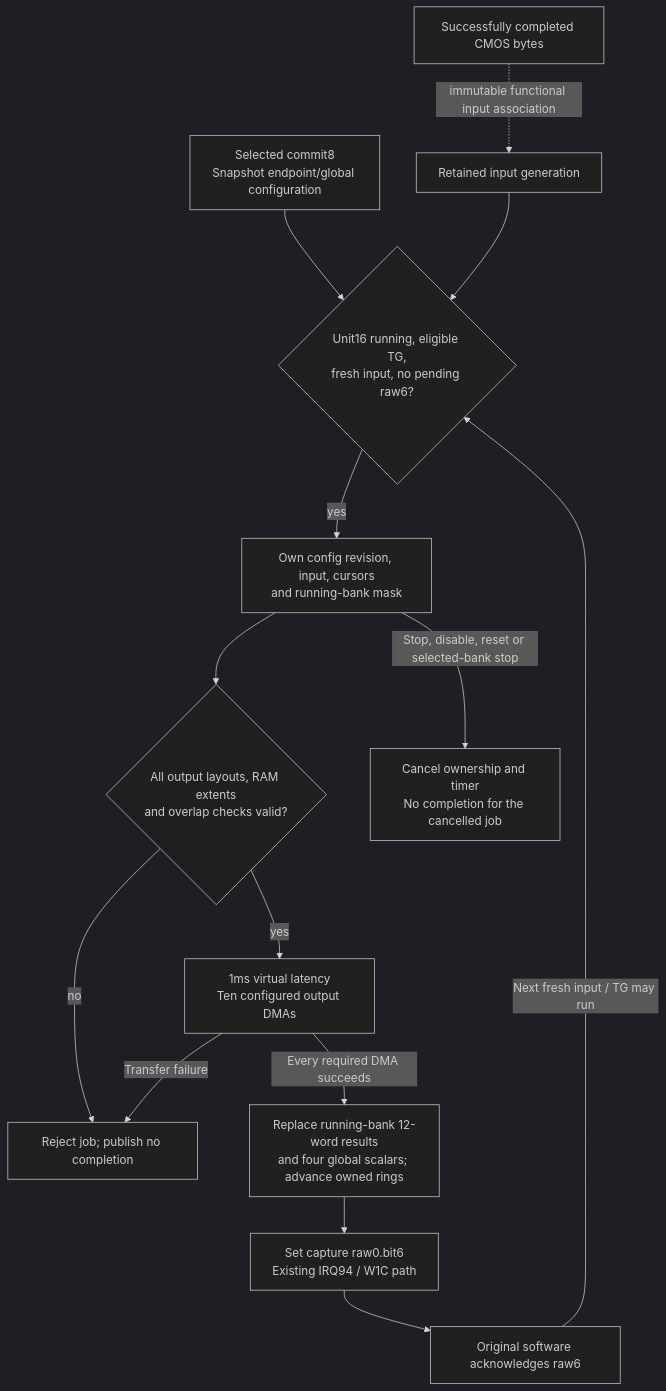
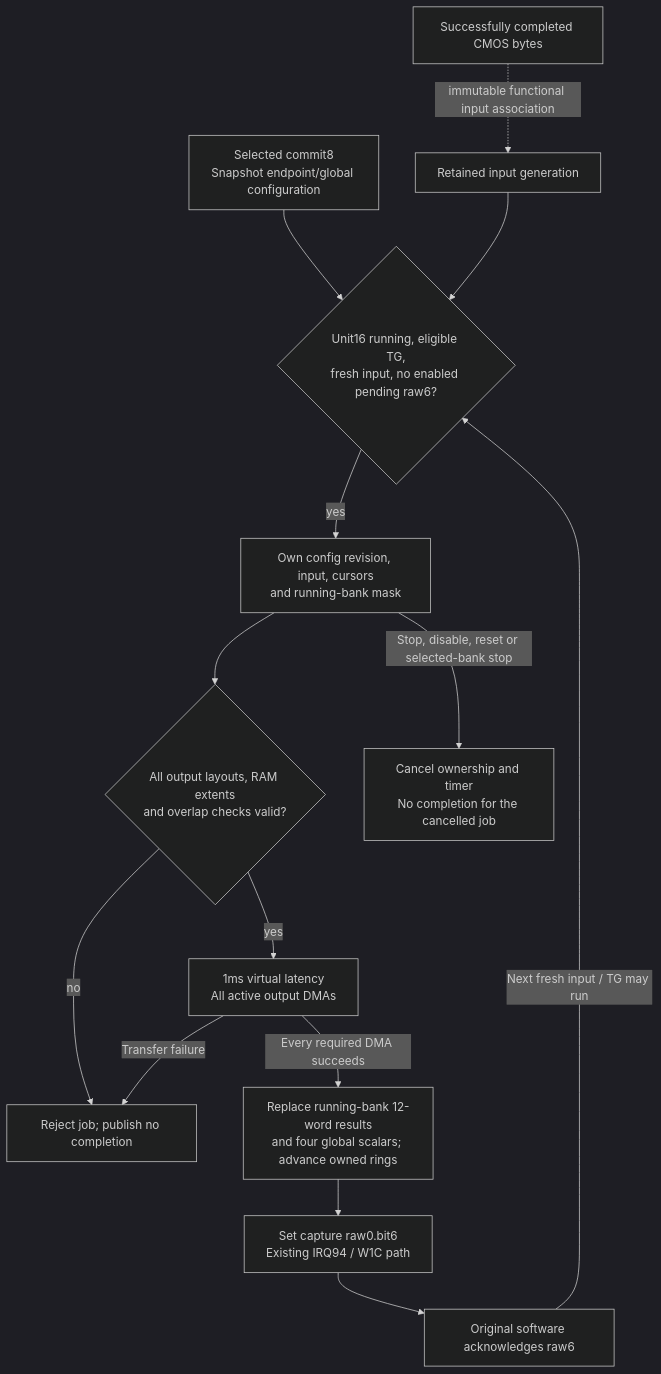
The diagram in docs/devices/statistics/protocol.md (nightglasses/z7ii-qemu), drawn with Mermaid (dark theme) before and after one commit. The commit also changed other lines of this file and 14 other files, not shown here.

````diff
--- a/docs/devices/statistics/protocol.md
+++ b/docs/devices/statistics/protocol.md
@@ -21,16 +21,16 @@
 ```mermaid
 flowchart TD
-  Commit["Selected commit8<br/>Snapshot endpoint/global configuration"] --> Eligible{"Unit16 running, eligible TG,<br/>fresh input, no pending raw6?"}
+  Commit["Selected commit8<br/>Snapshot endpoint/global configuration"] --> Eligible{"Unit16 running, eligible TG,<br/>fresh input, no enabled pending raw6?"}
   CMOS["Successfully completed CMOS bytes"] -. "immutable functional input association" .-> Input["Retained input generation"]
   Input --> Eligible
   Eligible -->|"yes"| Job["Own config revision, input, cursors<br/>and running-bank mask"]
   Job --> Validate{"All output layouts, RAM extents<br/>and overlap checks valid?"}
   Validate -->|"no"| Reject["Reject job; publish no completion"]
-  Validate -->|"yes"| DMA["1ms virtual latency<br/>Ten configured output DMAs"]
+  Validate -->|"yes"| DMA["1ms virtual latency<br/>All active output DMAs"]
   DMA -->|"Every required DMA succeeds"| Results["Replace running-bank 12-word results<br/>and four global scalars; advance owned rings"]
   DMA -->|"Transfer failure"| Reject
   Results --> Raw["Set capture raw0.bit6<br/>Existing IRQ94 / W1C path"]
   Raw --> Ack["Original software acknowledges raw6"]
   Ack -->|"Next fresh input / TG may run"| Eligible
   Job -->|"Stop, disable, reset or selected-bank stop"| Cancel["Cancel ownership and timer<br/>No completion for the cancelled job"]
 ```
````
